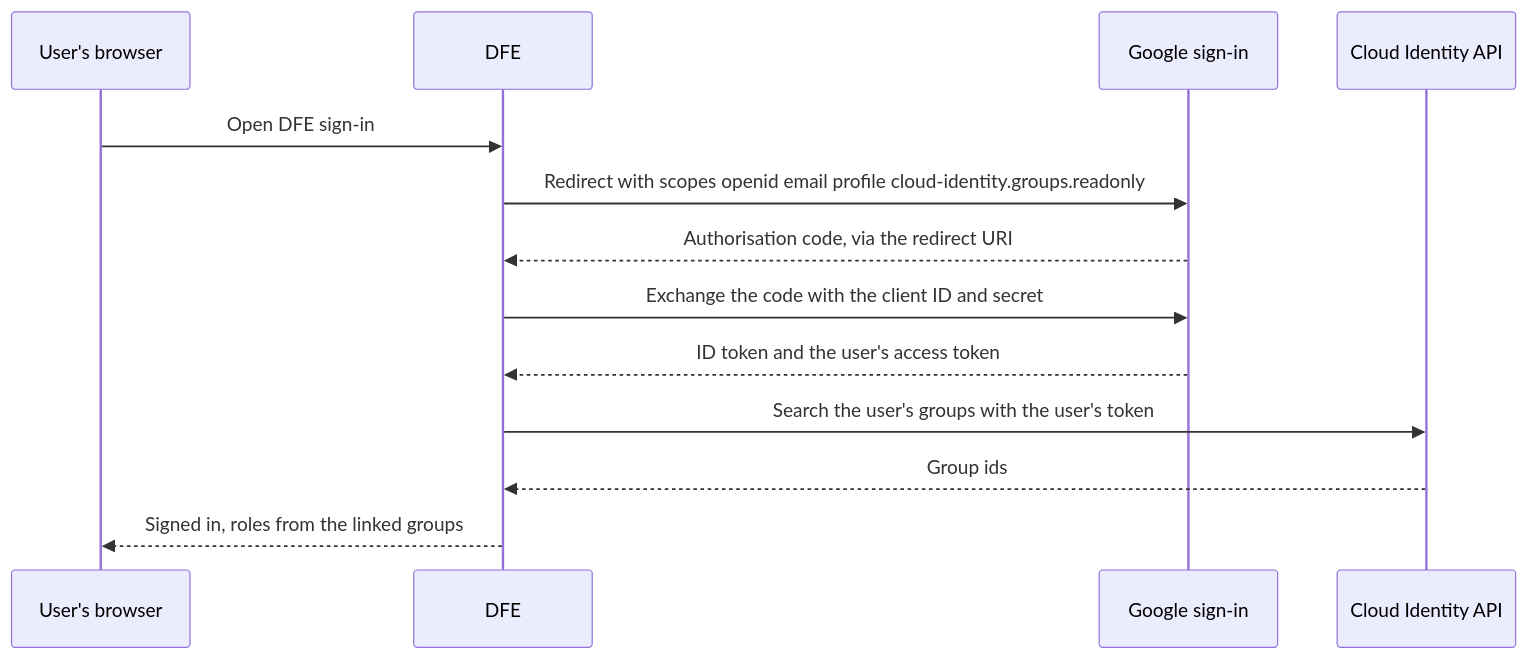
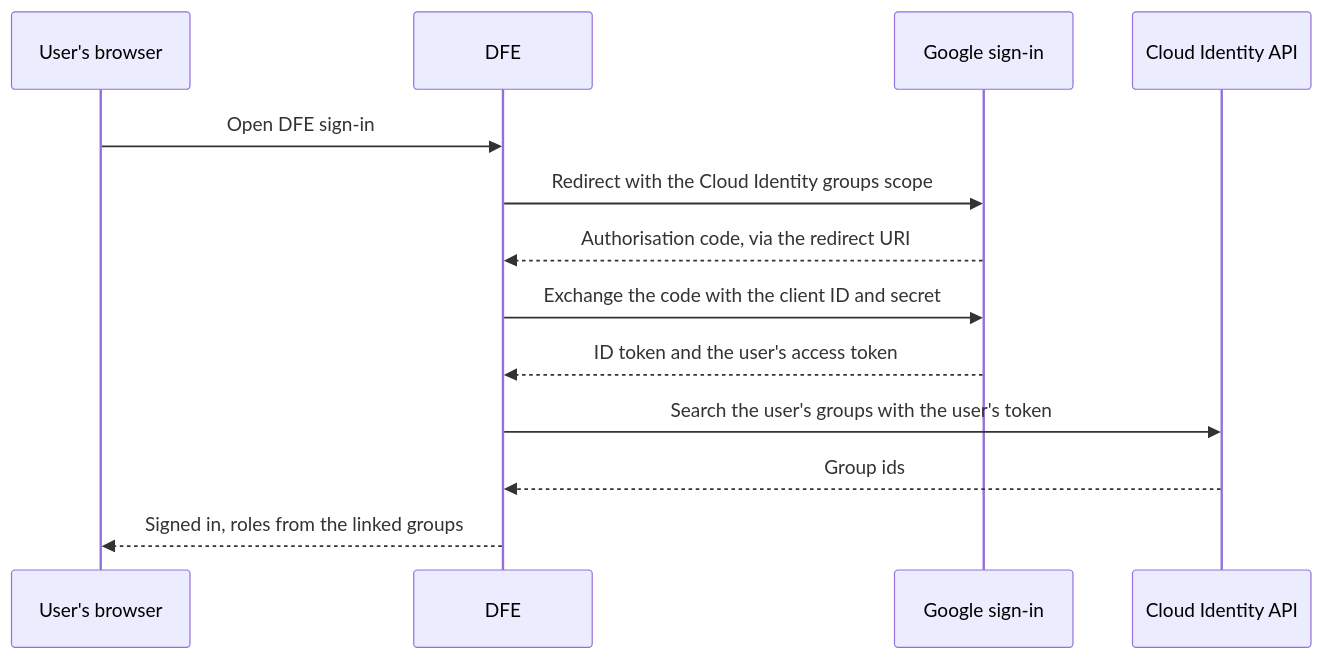
The diagram in docs/control-plane/idp-setup/google.md (hyperi-io/dfe-engine), drawn with Mermaid before and after one commit. The commit also changed other lines of this file and 71 other files, not shown here.

First line of the commit message:
docs(engine): fix 159 claims and redraw every diagram

````diff
--- a/docs/control-plane/idp-setup/google.md
+++ b/docs/control-plane/idp-setup/google.md
@@ -17,15 +19,17 @@
 ```mermaid
 sequenceDiagram
+    accTitle: L4 Detail -- Google sign-in
+    accDescr: The browser opens DFE sign-in and DFE redirects to Google with the Cloud Identity groups scope. DFE exchanges the code for an ID token and the user's access token, then searches the user's groups in the Cloud Identity API with that token.
     participant U as User's browser
     participant D as DFE
     participant G as Google sign-in
     participant C as Cloud Identity API
     U->>D: Open DFE sign-in
-    D->>G: Redirect with scopes openid email profile cloud-identity.groups.readonly
+    D->>G: Redirect with the Cloud Identity groups scope
     G-->>D: Authorisation code, via the redirect URI
     D->>G: Exchange the code with the client ID and secret
     G-->>D: ID token and the user's access token
     D->>C: Search the user's groups with the user's token
     C-->>D: Group ids
     D-->>U: Signed in, roles from the linked groups
 ```
````
